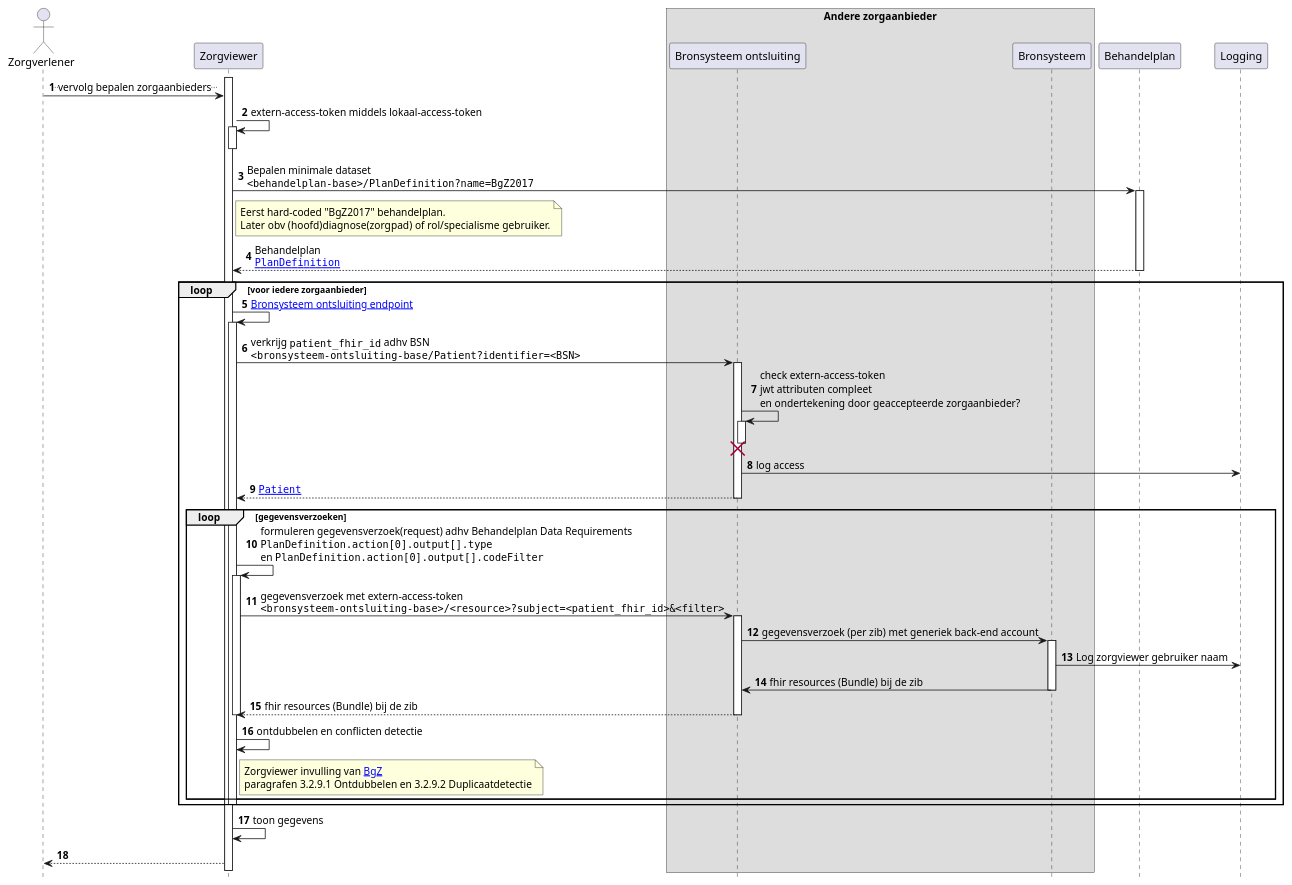
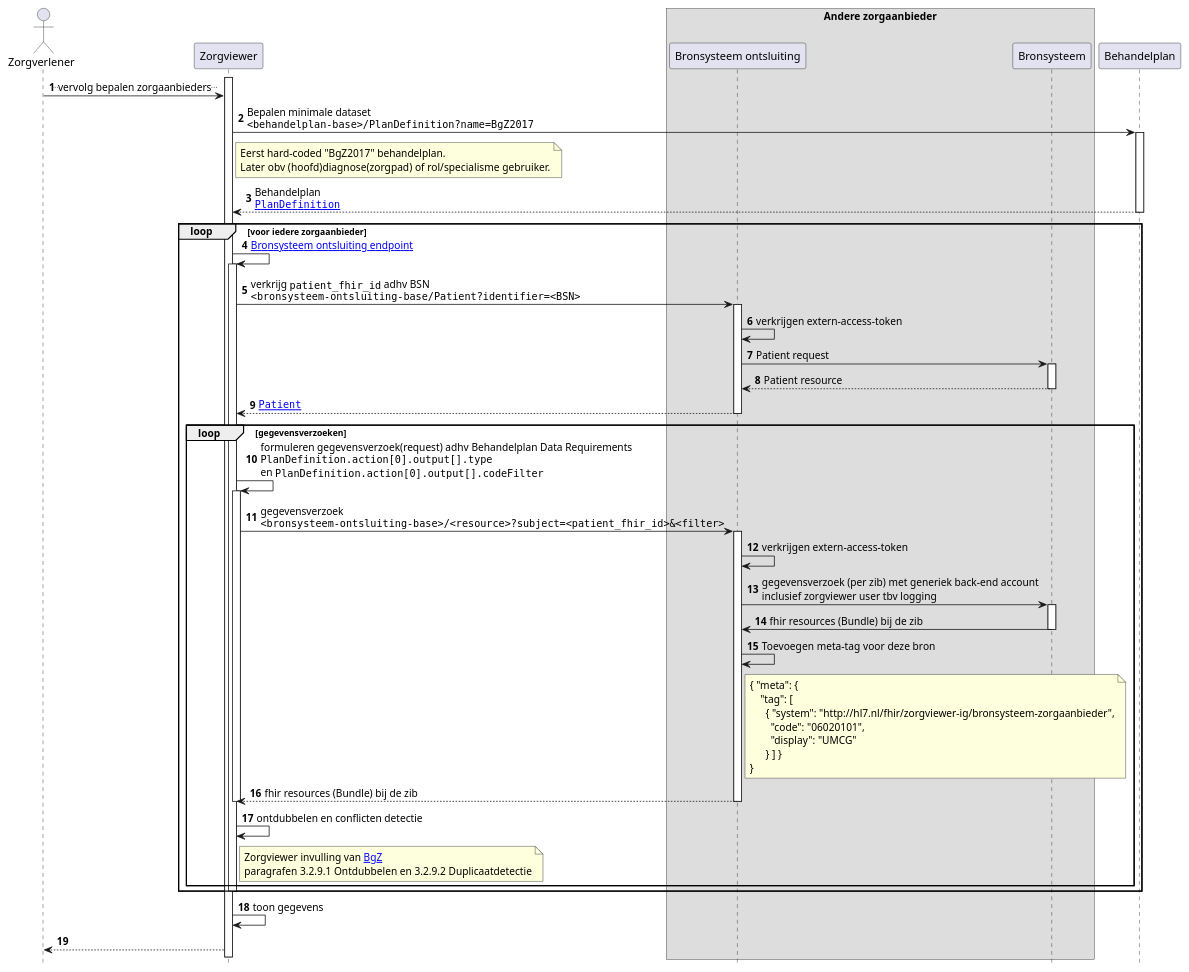
One commit to RIVO-Noord/zorgviewer-ig changed the diagram in input/images-source/Zorgviewer-seq-3.plantuml. Above: the diagram before and after it, drawn with PlantUML. The commit also changed 1 other file, not shown here.

```diff
--- a/input/images-source/Zorgviewer-seq-3.plantuml
+++ b/input/images-source/Zorgviewer-seq-3.plantuml
@@ -1,60 +1,70 @@
 @startuml
 hide footbox
 autonumber
 
 actor Zorgverlener
 participant Zorgviewer
 box "Andere zorgaanbieder"
 participant "Bronsysteem ontsluiting" as Bron
 participant Bronsysteem
 end box
 participant Behandelplan
 
 activate Zorgviewer
 Zorgverlener->Zorgviewer: ..vervolg bepalen zorgaanbieders..
-Zorgviewer->Zorgviewer++: extern-access-token middels lokaal-access-token
-deactivate Zorgviewer
 Zorgviewer->Behandelplan: Bepalen minimale dataset\n""<behandelplan-base>/PlanDefinition?name=BgZ2017""
 note right Zorgviewer
   Eerst hard-coded "BgZ2017" behandelplan.
   Later obv (hoofd)diagnose(zorgpad) of rol/specialisme gebruiker.
 end note
 activate Behandelplan
 Behandelplan-->Zorgviewer: Behandelplan\n""[[StructureDefinition-PlanDefinition.html PlanDefinition]]""
 deactivate Behandelplan
 loop voor iedere zorgaanbieder
   Zorgviewer->Zorgviewer: [[Endpoint-UMCG.html Bronsysteem ontsluiting endpoint]]
   activate Zorgviewer
   Zorgviewer->Bron : verkrijg ""patient_fhir_id"" adhv BSN\n""<bronsysteem-ontsluiting-base/Patient?identifier=<BSN>""
   activate Bron
-  Bron->Bron++ : check extern-access-token\njwt attributen compleet\nen ondertekening door geaccepteerde zorgaanbieder?
-  destroy Bron
-  Bron->Logging : log access
+  Bron->Bron : verkrijgen extern-access-token
+  Bron->Bronsysteem : Patient request
+  activate Bronsysteem
+  Bronsysteem-->Bron : Patient resource
+  deactivate Bronsysteem
   Bron-->Zorgviewer : ""[[StructureDefinition-Patient.html Patient]]""
   deactivate Bron
   loop gegevensverzoeken
     Zorgviewer->Zorgviewer: formuleren gegevensverzoek(request) adhv Behandelplan Data Requirements\n""PlanDefinition.action[0].output[].type""\nen ""PlanDefinition.action[0].output[].codeFilter""
     activate Zorgviewer
-    Zorgviewer->Bron: gegevensverzoek met extern-access-token\n""<bronsysteem-ontsluiting-base>/<resource>?subject=<patient_fhir_id>&<filter>""
+    Zorgviewer->Bron: gegevensverzoek\n""<bronsysteem-ontsluiting-base>/<resource>?subject=<patient_fhir_id>&<filter>""
     activate Bron
-    Bron->Bronsysteem : gegevensverzoek (per zib) met generiek back-end account
+    Bron->Bron : verkrijgen extern-access-token
+    Bron->Bronsysteem : gegevensverzoek (per zib) met generiek back-end account\ninclusief zorgviewer user tbv logging
     activate Bronsysteem
-    Bronsysteem->Logging : Log zorgviewer gebruiker naam
     Bronsysteem->Bron: fhir resources (Bundle) bij de zib
     deactivate Bronsysteem
+    Bron->Bron: Toevoegen meta-tag voor deze bron
+    note right Bron
+{ "meta": {
+    "tag": [
+      { "system": "http://hl7.nl/fhir/zorgviewer-ig/bronsysteem-zorgaanbieder",
+        "code": "06020101",
+        "display": "UMCG"
+      } ] }
+}
+    end note
     Bron-->Zorgviewer: fhir resources (Bundle) bij de zib
     deactivate Bron
     deactivate Zorgviewer
     Zorgviewer->Zorgviewer: ontdubbelen en conflicten detectie
     note right of Zorgviewer
       Zorgviewer invulling van [[https://informatiestandaarden.nictiz.nl/wiki/BgZ:V1.0_BgZ_MSZ_Informatiestandaard BgZ]] 
       paragrafen 3.2.9.1 Ontdubbelen en 3.2.9.2 Duplicaatdetectie
     end note
   end
   deactivate Zorgviewer
 end
 
 Zorgviewer->Zorgviewer: toon gegevens
 Zorgviewer-->Zorgverlener
 
 @enduml
```
